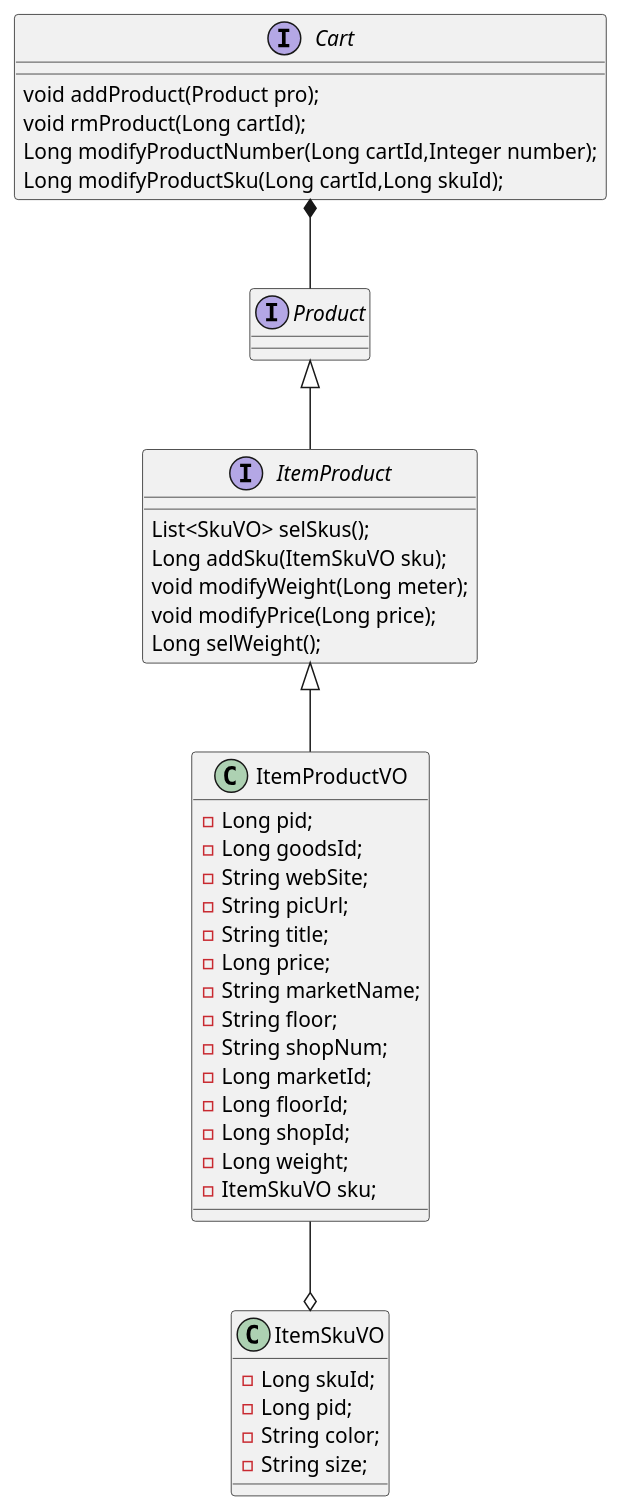
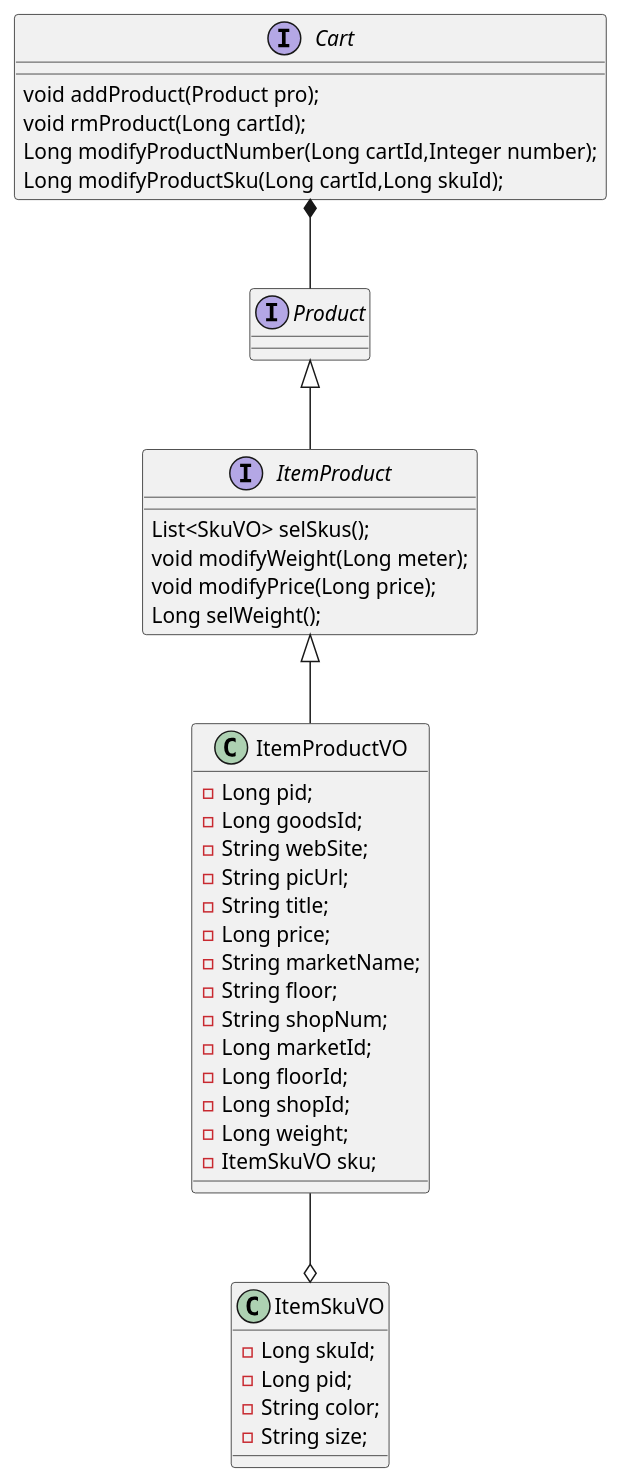
Before and after one commit to pogy/main-pom: the diagram in main4-order/main4-order-api/src/main/resources/cartAndProduct.puml, drawn with PlantUML. The commit also changed 2 other files, not shown here.

```diff
--- a/main4-order/main4-order-api/src/main/resources/cartAndProduct.puml
+++ b/main4-order/main4-order-api/src/main/resources/cartAndProduct.puml
@@ -1,51 +1,50 @@
 @startuml
 
 interface Cart{
 void addProduct(Product pro);
 void rmProduct(Long cartId);
 Long modifyProductNumber(Long cartId,Integer number);
 Long modifyProductSku(Long cartId,Long skuId);
 }
 
 interface Product{
 
 }
 
 interface ItemProduct{
 List<SkuVO> selSkus();
-Long addSku(ItemSkuVO sku);
 void modifyWeight(Long meter);
 void modifyPrice(Long price);
 Long selWeight();
 }
 
 class ItemProductVO{
 -Long pid;
 -Long goodsId;
 -String webSite;
 -String picUrl;
 -String title;
 -Long price;
 -String marketName;
 -String floor;
 -String shopNum;
 -Long marketId;
 -Long floorId;
 -Long shopId;
 -Long weight;
 -ItemSkuVO sku;
 }
 
 class ItemSkuVO{
 -Long skuId;
 -Long pid;
 -String color;
 -String size;
 }
 
 Cart *-- Product
 Product <|-- ItemProduct
 ItemProduct <|-- ItemProductVO
 ItemProductVO --o ItemSkuVO
 
 @enduml
```
